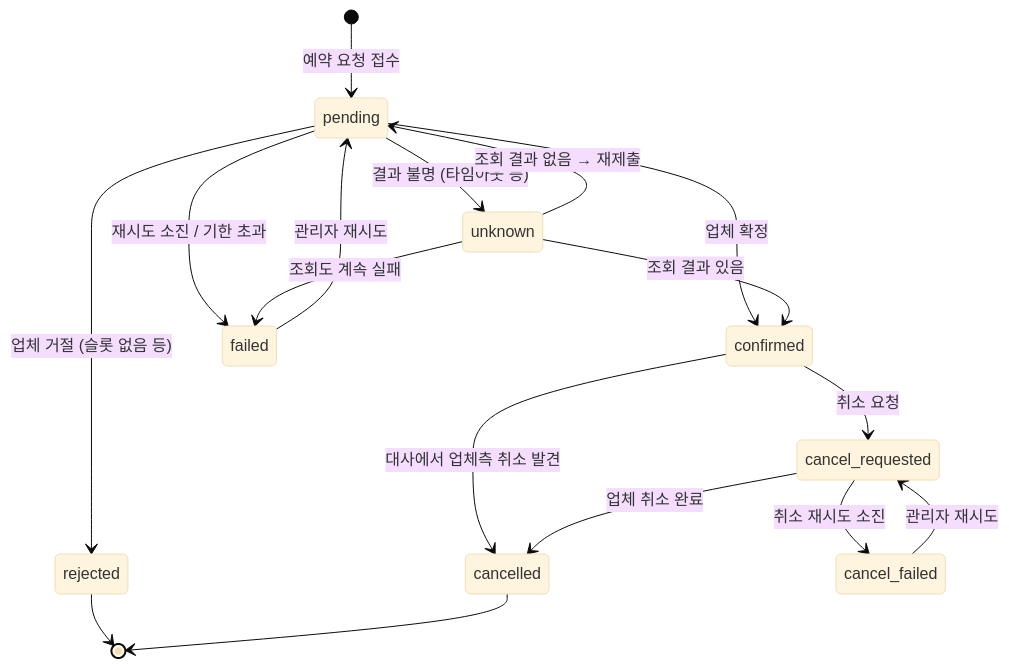
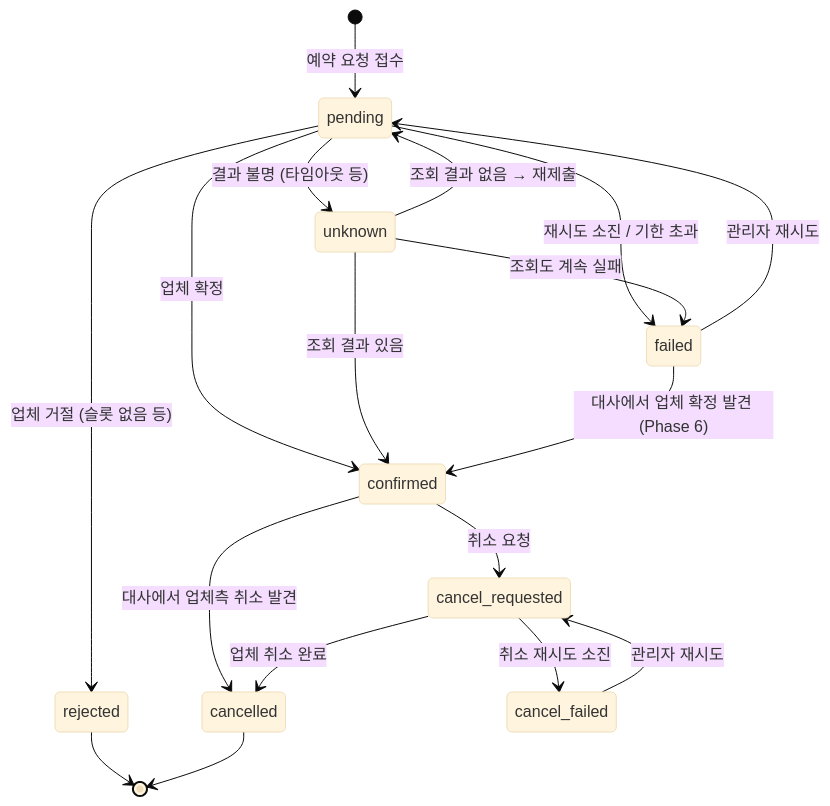
Before and after one commit to hoonjungdev/booking-web-app-rs: the diagram in docs/02-domain-and-data.md, drawn with Mermaid (base theme). The commit also changed other lines of this file and 147 other files, not shown here.

````diff
--- a/docs/02-domain-and-data.md
+++ b/docs/02-domain-and-data.md
@@ -19,19 +19,20 @@
 ```mermaid
 stateDiagram-v2
   [*] --> pending: 예약 요청 접수
   pending --> confirmed: 업체 확정
   pending --> rejected: 업체 거절 (슬롯 없음 등)
   pending --> unknown: 결과 불명 (타임아웃 등)
   pending --> failed: 재시도 소진 / 기한 초과
   unknown --> confirmed: 조회 결과 있음
   unknown --> pending: 조회 결과 없음 → 재제출
   unknown --> failed: 조회도 계속 실패
   failed --> pending: 관리자 재시도
+  failed --> confirmed: 대사에서 업체 확정 발견 (Phase 6)
   confirmed --> cancel_requested: 취소 요청
   confirmed --> cancelled: 대사에서 업체측 취소 발견
   cancel_requested --> cancelled: 업체 취소 완료
   cancel_requested --> cancel_failed: 취소 재시도 소진
   cancel_failed --> cancel_requested: 관리자 재시도
   rejected --> [*]
   cancelled --> [*]
 ```
````
